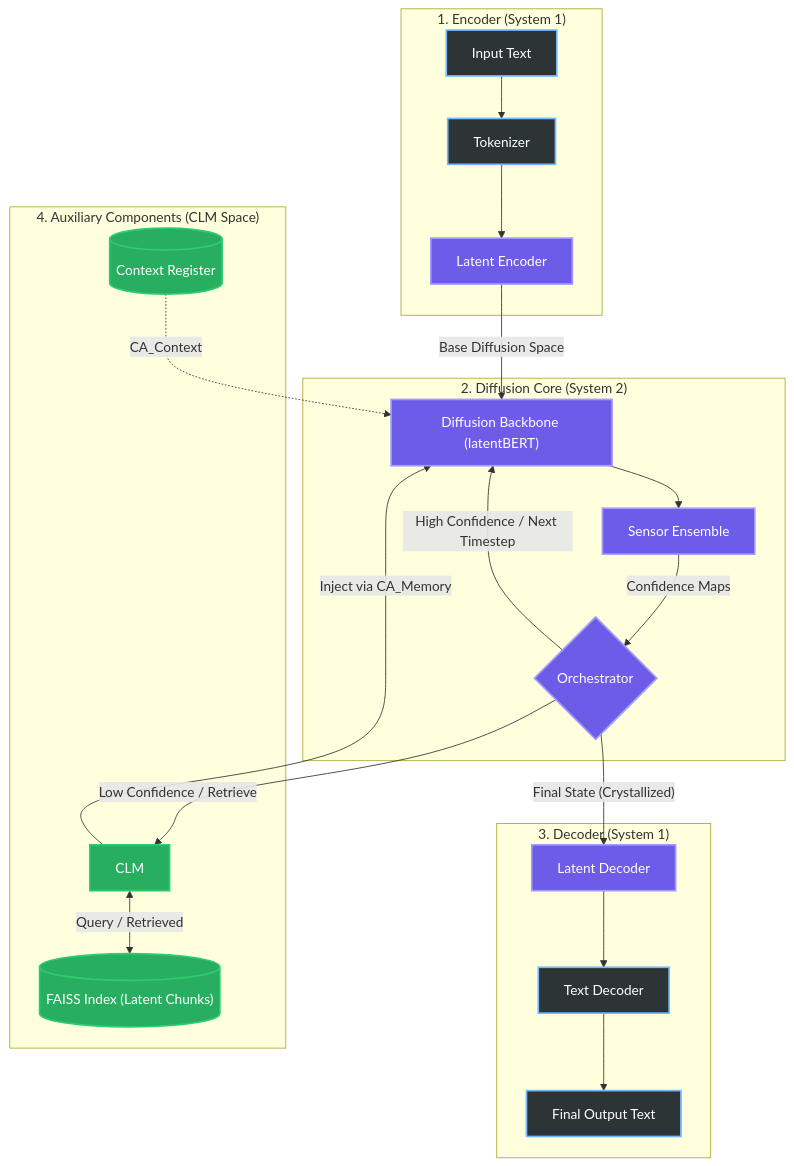
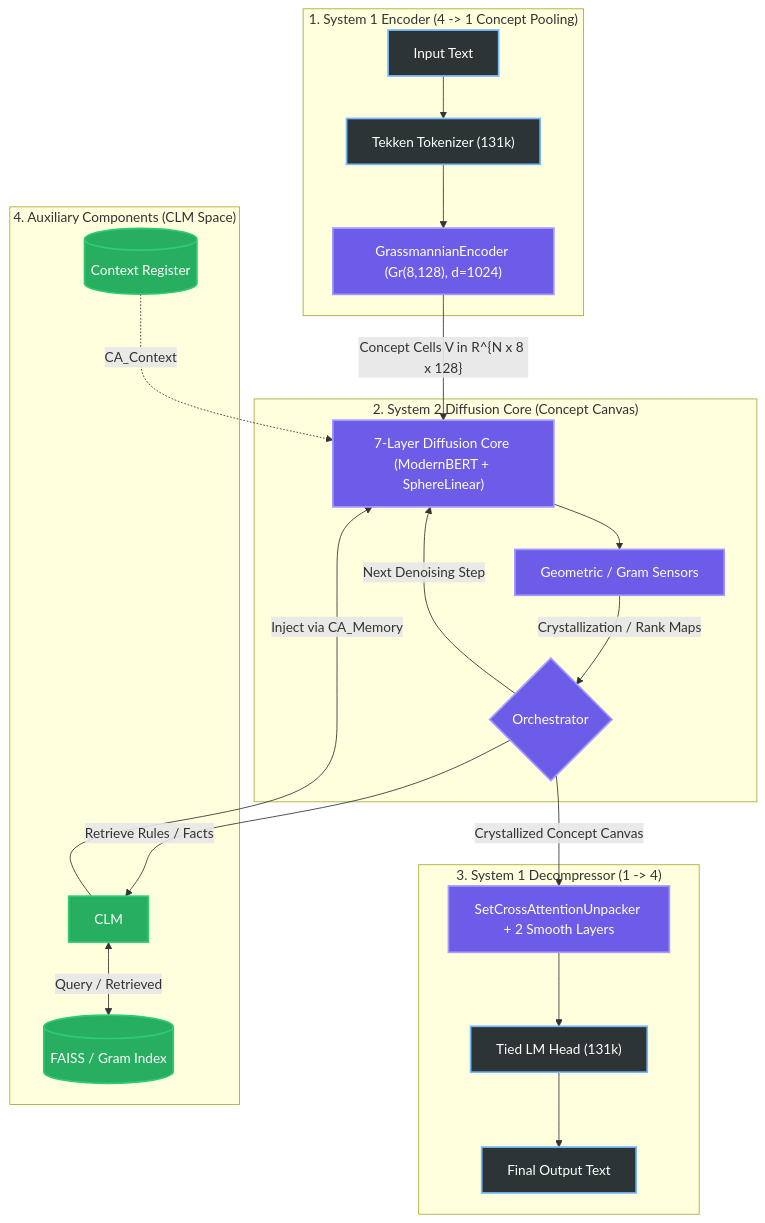
One commit to Laeryid/BEBLaDII changed the diagram in README.md. Above: the diagram before and after it, drawn with Mermaid. The commit also changed other lines of this file and 54 other files, not shown here.

````diff
--- a/README.md
+++ b/README.md
@@ -29,40 +35,40 @@
 ```mermaid
 flowchart TD
     classDef verbal fill:#2d3436,stroke:#74b9ff,stroke-width:2px,color:#fff
     classDef latent fill:#6c5ce7,stroke:#a29bfe,stroke-width:2px,color:#fff
     classDef clm fill:#27ae60,stroke:#2ecc71,stroke-width:2px,color:#fff
 
-    subgraph S1_IN ["1. Encoder (System 1)"]
-        A["Input Text"] --> B["Tokenizer"]
-        B --> C["Latent Encoder"]
+    subgraph S1_IN ["1. System 1 Encoder (4 -> 1 Concept Pooling)"]
+        A["Input Text"] --> B["Tekken Tokenizer (131k)"]
+        B --> C["GrassmannianEncoder (Gr(8,128), d=1024)"]
     end
 
-    subgraph S2 ["2. Diffusion Core (System 2)"]
-        E["Diffusion Backbone (latentBERT)"]
-        F["Sensor Ensemble"]
+    subgraph S2 ["2. System 2 Diffusion Core (Concept Canvas)"]
+        E["7-Layer Diffusion Core (ModernBERT + SphereLinear)"]
+        F["Geometric / Gram Sensors"]
         G{"Orchestrator"}
 
         E --> F
-        F -->|"Confidence Maps"| G
-        G -->|"High Confidence / Next Timestep"| E
+        F -->|"Crystallization / Rank Maps"| G
+        G -->|"Next Denoising Step"| E
     end
 
-    subgraph S1_OUT ["3. Decoder (System 1)"]
-        P["Latent Decoder"] --> J["Text Decoder"]
+    subgraph S1_OUT ["3. System 1 Decompressor (1 -> 4)"]
+        P["SetCrossAttentionUnpacker + 2 Smooth Layers"] --> J["Tied LM Head (131k)"]
         J --> M["Final Output Text"]
     end
 
     subgraph MEM ["4. Auxiliary Components (CLM Space)"]
         TC[("Context Register")] -.->|"CA_Context"| E
-        G -->|"Low Confidence / Retrieve"| H["CLM"]
-        H <-->|"Query / Retrieved"| I[("FAISS Index (Latent Chunks)")]
+        G -->|"Retrieve Rules / Facts"| H["CLM"]
+        H <-->|"Query / Retrieved"| I[("FAISS / Gram Index")]
         H -->|"Inject via CA_Memory"| E
     end
 
-    C -->|"Base Diffusion Space"| E
-    G -->|"Final State (Crystallized)"| P
+    C -->|"Concept Cells V in R^{N x 8 x 128}"| E
+    G -->|"Crystallized Concept Canvas"| P
 
     class A,B,J,M verbal
     class C,E,F,G,P latent
     class H,I,TC clm
 ```
````
